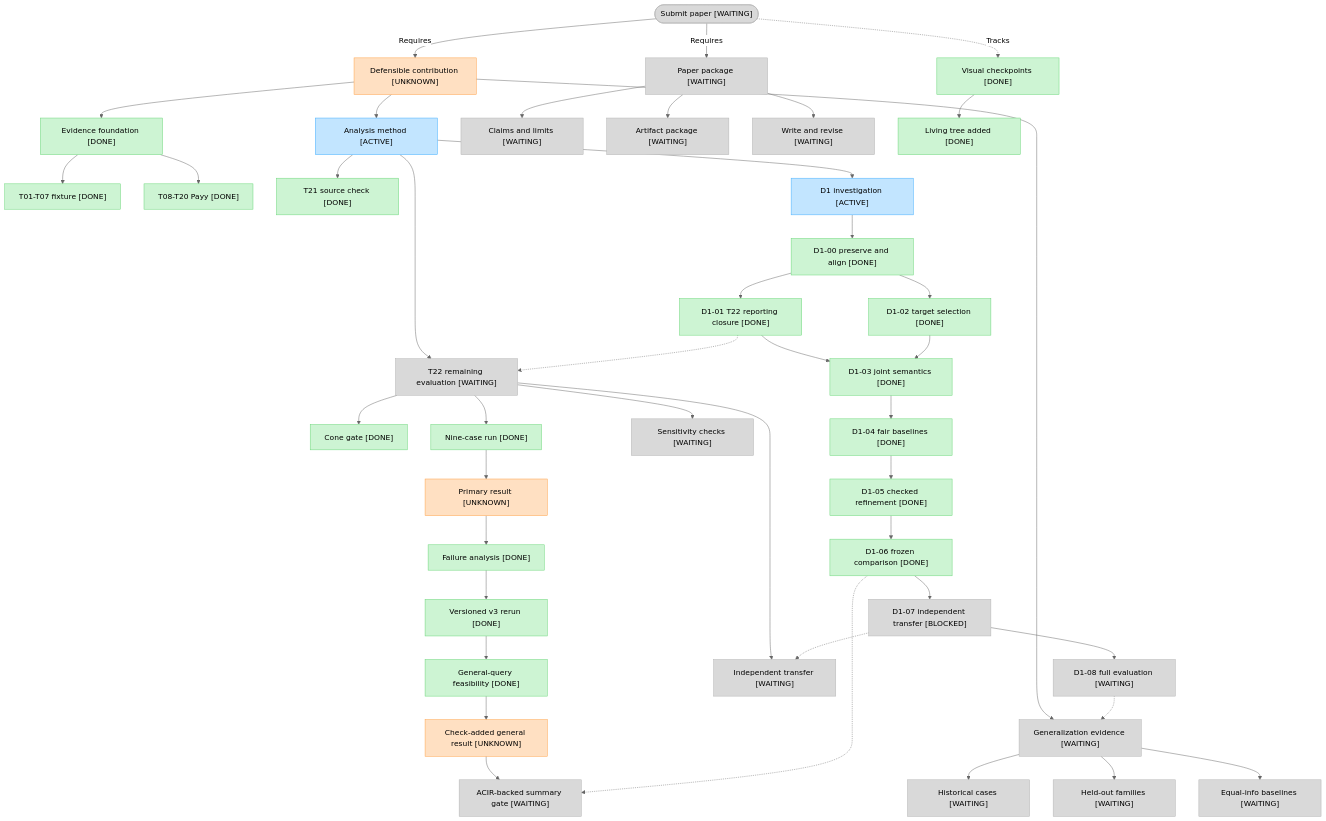
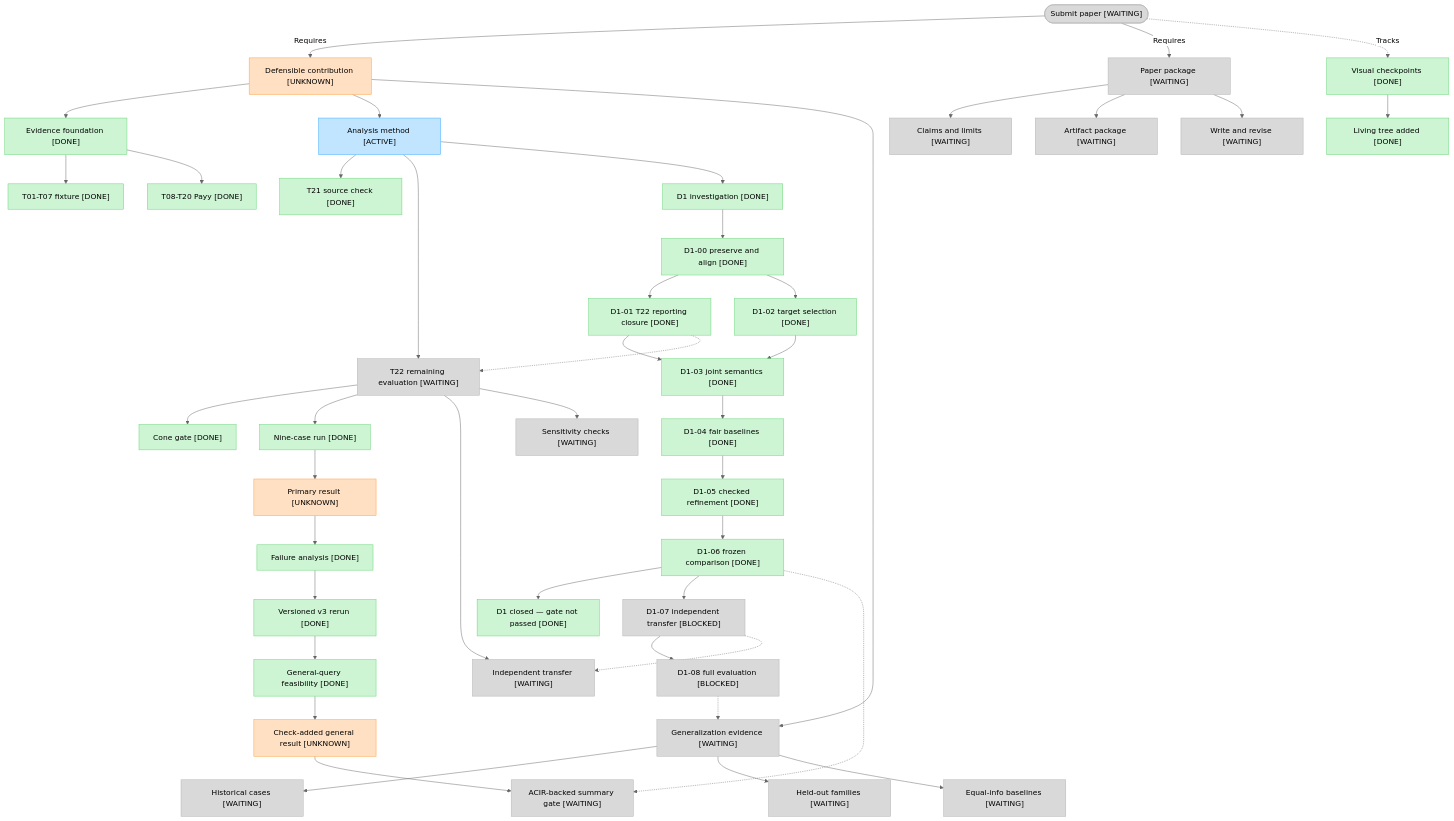
The diagram in docs/project-status.md (imranpollob/BindCheck), drawn with Mermaid (neutral theme) before and after one commit. The commit also changed other lines of this file and 3 other files, not shown here.

First line of the commit message:
D1 closed: honest negative result — feasibility gate not passed

````diff
--- a/docs/project-status.md
+++ b/docs/project-status.md
@@ -16,65 +16,66 @@
 ```mermaid
 flowchart TD
     submit(["Submit paper [WAITING]"])
     contribution["Defensible contribution [UNKNOWN]"]
     submit -->|"Requires"| contribution
     submit -->|"Requires"| manuscript["Paper package [WAITING]"]
     submit -.->|"Tracks"| tracking["Visual checkpoints [DONE]"]
 
     contribution --> foundation["Evidence foundation [DONE]"]
     contribution --> analysis["Analysis method [ACTIVE]"]
     contribution --> evaluation["Generalization evidence [WAITING]"]
 
     foundation --> fixture["T01-T07 fixture [DONE]"]
     foundation --> payy["T08-T20 Payy [DONE]"]
 
     analysis --> sourceCheck["T21 source check [DONE]"]
     analysis --> t22["T22 remaining evaluation [WAITING]"]
     t22 --> coneGate["Cone gate [DONE]"]
     t22 --> nineCases["Nine-case run [DONE]"]
     nineCases --> primaryResult["Primary result [UNKNOWN]"]
     primaryResult --> failureAnalysis["Failure analysis [DONE]"]
     failureAnalysis --> v3Rerun["Versioned v3 rerun [DONE]"]
     v3Rerun --> generalGate["General-query feasibility [DONE]"]
     generalGate --> generalResult["Check-added general result [UNKNOWN]"]
     generalResult --> acirSummary["ACIR-backed summary gate [WAITING]"]
     t22 --> transferCase["Independent transfer [WAITING]"]
     t22 --> sensitivity["Sensitivity checks [WAITING]"]
 
-    analysis --> d1["D1 investigation [ACTIVE]"]
+    analysis --> d1["D1 investigation [DONE]"]
     d1 --> d100["D1-00 preserve and align [DONE]"]
     d100 --> d101["D1-01 T22 reporting closure [DONE]"]
     d100 --> d102["D1-02 target selection [DONE]"]
     d101 --> d103["D1-03 joint semantics [DONE]"]
     d102 --> d103
     d103 --> d104["D1-04 fair baselines [DONE]"]
     d104 --> d105["D1-05 checked refinement [DONE]"]
     d105 --> d106["D1-06 frozen comparison [DONE]"]
+    d106 --> d1close["D1 closed — gate not passed [DONE]"]
     d106 --> d107["D1-07 independent transfer [BLOCKED]"]
-    d107 --> d108["D1-08 full evaluation [WAITING]"]
+    d107 --> d108["D1-08 full evaluation [BLOCKED]"]
     d101 -.-> t22
     d106 -.-> acirSummary
     d107 -.-> transferCase
     d108 -.-> evaluation
 
     evaluation --> history["Historical cases [WAITING]"]
     evaluation --> heldOut["Held-out families [WAITING]"]
     evaluation --> baselines["Equal-info baselines [WAITING]"]
 
     manuscript --> claims["Claims and limits [WAITING]"]
     manuscript --> artifacts["Artifact package [WAITING]"]
     manuscript --> draft["Write and revise [WAITING]"]
 
     tracking --> livingTree["Living tree added [DONE]"]
 
     classDef done fill:#CDF4D3,stroke:#66D575
     classDef active fill:#C2E5FF,stroke:#3DADFF
     classDef next fill:#FFECBD,stroke:#FFC943
     classDef waiting fill:#D9D9D9,stroke:#B3B3B3
     classDef unknown fill:#FFE0C2,stroke:#FF9E42
 
-    class foundation,fixture,payy,sourceCheck,coneGate,nineCases,failureAnalysis,v3Rerun,generalGate,tracking,livingTree,d100,d101,d102,d103,d104,d105,d106 done
-    class analysis,d1 active
+    class foundation,fixture,payy,sourceCheck,coneGate,nineCases,failureAnalysis,v3Rerun,generalGate,tracking,livingTree,d100,d101,d102,d103,d104,d105,d106,d1close,d1 done
+    class analysis active
     class evaluation,history,heldOut,baselines,manuscript,claims,artifacts,draft,transferCase,sensitivity,submit,t22,acirSummary,d107,d108 waiting
     class contribution,primaryResult,generalResult unknown
 ```
````
